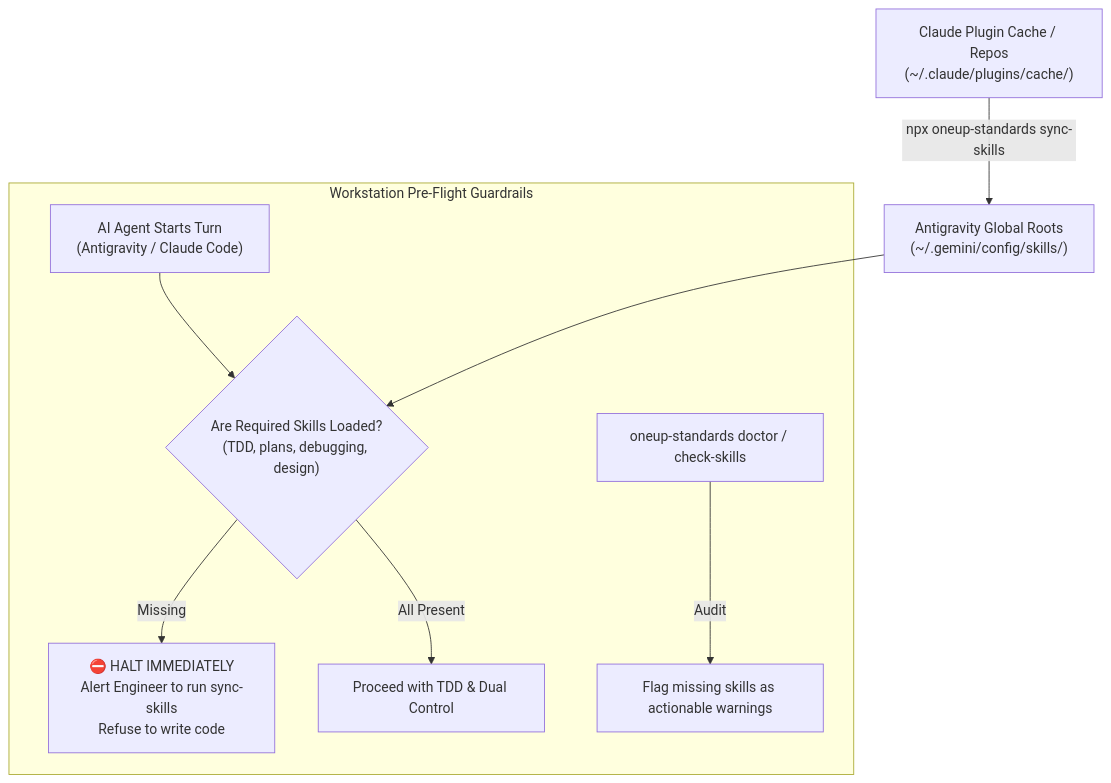
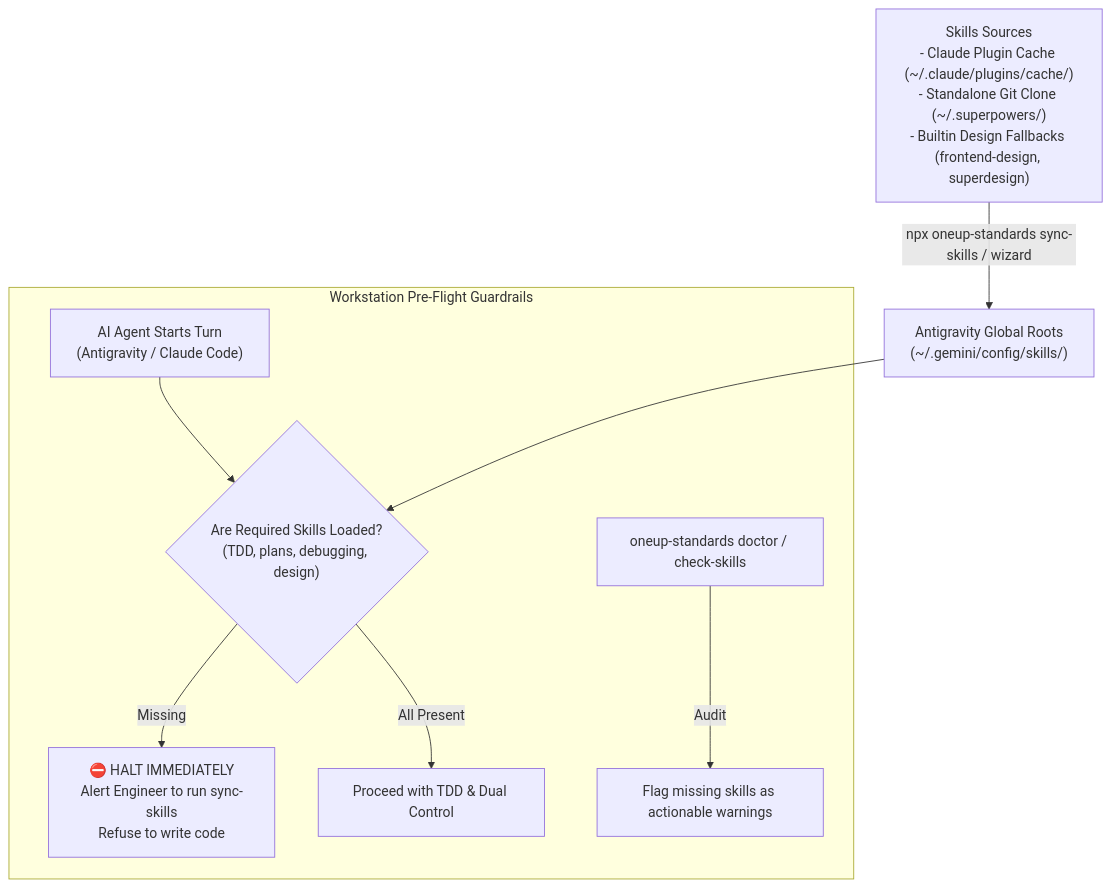
Before and after one commit to oneup4real/engineering-standards: the sixth of 9 diagrams in README.md, drawn with Mermaid. The commit also changed other lines of this file, not shown here.

Commit message:
docs: document cross-harness skill sync and intelligent wizard detection for Claude and Antigravity

````diff
--- a/README.md
+++ b/README.md
@@ -297,15 +298,15 @@
 ```mermaid
 graph TD
-    Cache["Claude Plugin Cache / Repos\n(~/.claude/plugins/cache/)"] -->|npx oneup-standards sync-skills| AntiGrav["Antigravity Global Roots\n(~/.gemini/config/skills/)"]
+    Sources["Skills Sources\n- Claude Plugin Cache (~/.claude/plugins/cache/)\n- Standalone Git Clone (~/.superpowers/)\n- Builtin Design Fallbacks (frontend-design, superdesign)"] -->|npx oneup-standards sync-skills / wizard| AntiGrav["Antigravity Global Roots\n(~/.gemini/config/skills/)"]
     
     subgraph "Workstation Pre-Flight Guardrails"
         SessionStart["AI Agent Starts Turn\n(Antigravity / Claude Code)"]
         SessionStart --> CheckSkills{"Are Required Skills Loaded?\n(TDD, plans, debugging, design)"}
         CheckSkills -->|Missing| Halt["⛔ HALT IMMEDIATELY\nAlert Engineer to run sync-skills\nRefuse to write code"]
         CheckSkills -->|All Present| CodeAllowed["Proceed with TDD & Dual Control"]
         
         DoctorCheck["oneup-standards doctor / check-skills"] -->|Audit| SkillsStatus["Flag missing skills as actionable warnings"]
     end
     
     AntiGrav --> CheckSkills
 ```
````
